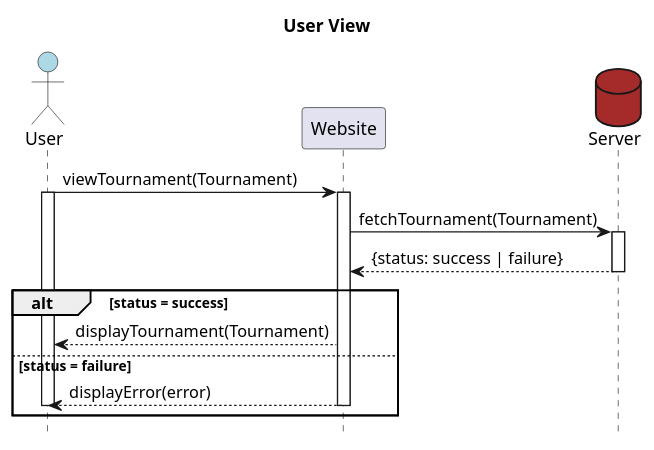
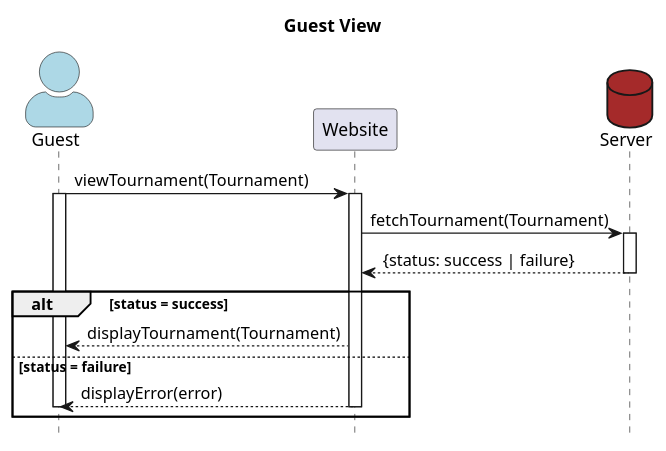
One commit to felixalbrigtsen/asura-tmdb changed the diagram in documentation/sequence_diagrams/sequenceDiagramUser.puml. Above: the diagram before and after it, drawn with PlantUML. The commit also changed other lines of this file and 7 other files, not shown here.

```diff
--- a/documentation/sequence_diagrams/sequenceDiagramUser.puml
+++ b/documentation/sequence_diagrams/sequenceDiagramUser.puml
@@ -1,23 +1,24 @@
-@startuml User View
-title User View
-actor User #LightBlue
+@startuml Guest View
+title Guest View
+skinparam actorStyle awesome
+actor Guest #LightBlue
 participant Website
 database Server #Brown
 hide footbox
 
-User->Website: viewTournament(Tournament)
-activate User
+Guest->Website: viewTournament(Tournament)
+activate Guest
 activate Website
 Website->Server: fetchTournament(Tournament)
 activate Server
 Server-->Website: {status: success | failure}
 deactivate Server
 alt status = success
-Website-->User: displayTournament(Tournament)
+Website-->Guest: displayTournament(Tournament)
 else status = failure 
-Website-->User: displayError(error)
-deactivate User
+Website-->Guest: displayError(error)
+deactivate Guest
 deactivate Website
 end
 
 @enduml
```
